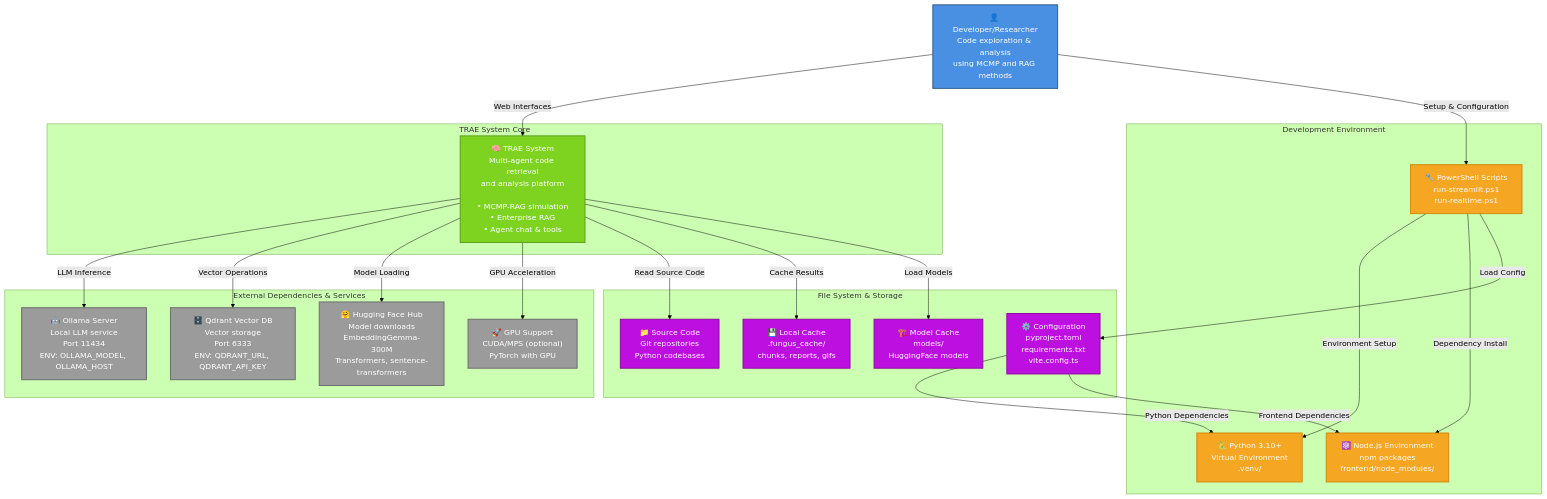
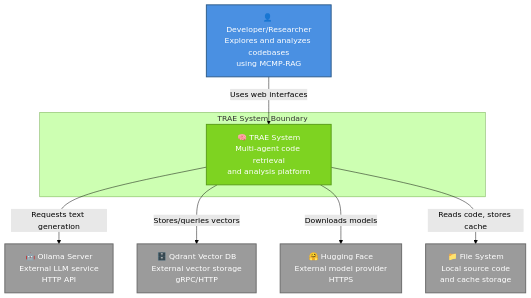
One commit to Flissel/la_fungus_search changed the first of 11 diagrams in docs/c4_architecture.md. Above: the diagram before and after it, drawn with Mermaid (forest theme). The commit also changed other lines of this file, not shown here.

Commit message:
Refactor: Update C4 diagrams and documentation

````diff
--- a/docs/c4_architecture.md
+++ b/docs/c4_architecture.md
@@ -7,59 +7,27 @@
 ```mermaid
 graph TB
-    subgraph "Development Environment"
-        Python["🐍 Python 3.10+<br/>Virtual Environment<br/>.venv/"]
-        NodeJS["⚛️ Node.js Environment<br/>npm packages<br/>frontend/node_modules/"]
-        Scripts["🔧 PowerShell Scripts<br/>run-streamlit.ps1<br/>run-realtime.ps1"]
+    subgraph "TRAE System Boundary"
+        TRAE["🧠 TRAE System<br/>Multi-agent code retrieval<br/>and analysis platform"]
     end
     
-    subgraph "External Dependencies & Services"
-        Ollama["🤖 Ollama Server<br/>Local LLM service<br/>Port 11434<br/>ENV: OLLAMA_MODEL, OLLAMA_HOST"]
-        Qdrant["🗄️ Qdrant Vector DB<br/>Vector storage<br/>Port 6333<br/>ENV: QDRANT_URL, QDRANT_API_KEY"]
-        HF["🤗 Hugging Face Hub<br/>Model downloads<br/>EmbeddingGemma-300M<br/>Transformers, sentence-transformers"]
-        GPU["🚀 GPU Support<br/>CUDA/MPS (optional)<br/>PyTorch with GPU"]
-    end
+    User["👤 Developer/Researcher<br/>Explores and analyzes codebases<br/>using MCMP-RAG"]
     
-    subgraph "TRAE System Core"
-        TRAE["🧠 TRAE System<br/>Multi-agent code retrieval<br/>and analysis platform<br/><br/>• MCMP-RAG simulation<br/>• Enterprise RAG<br/>• Agent chat & tools"]
-    end
+    Ollama["🤖 Ollama Server<br/>External LLM service<br/>HTTP API"]
+    Qdrant["🗄️ Qdrant Vector DB<br/>External vector storage<br/>gRPC/HTTP"]
+    HF["🤗 Hugging Face<br/>External model provider<br/>HTTPS"]
+    FS["📁 File System<br/>Local source code<br/>and cache storage"]
     
-    subgraph "File System & Storage"
-        FS["📁 Source Code<br/>Git repositories<br/>Python codebases"]
-        Cache["💾 Local Cache<br/>.fungus_cache/<br/>chunks, reports, gifs"]
-        Models["🏗️ Model Cache<br/>models/<br/>HuggingFace models"]
-        Config["⚙️ Configuration<br/>pyproject.toml<br/>requirements.txt<br/>vite.config.ts"]
-    end
-    
-    User["👤 Developer/Researcher<br/>Code exploration & analysis<br/>using MCMP and RAG methods"]
-    
-    User -->|"Web Interfaces"| TRAE
-    User -->|"Setup & Configuration"| Scripts
-    
-    TRAE -->|"LLM Inference"| Ollama
-    TRAE -->|"Vector Operations"| Qdrant
-    TRAE -->|"Model Loading"| HF
-    TRAE -->|"GPU Acceleration"| GPU
-    
-    TRAE -->|"Read Source Code"| FS
-    TRAE -->|"Cache Results"| Cache
-    TRAE -->|"Load Models"| Models
-    
-    Scripts -->|"Environment Setup"| Python
-    Scripts -->|"Dependency Install"| NodeJS
-    Scripts -->|"Load Config"| Config
-    
-    Config -->|"Python Dependencies"| Python
-    Config -->|"Frontend Dependencies"| NodeJS
+    User -->|"Uses web interfaces"| TRAE
+    TRAE -->|"Requests text generation"| Ollama
+    TRAE -->|"Stores/queries vectors"| Qdrant
+    TRAE -->|"Downloads models"| HF
+    TRAE -->|"Reads code, stores cache"| FS
     
     classDef user fill:#4A90E2,stroke:#2E5C8A,stroke-width:2px,color:white
     classDef system fill:#7ED321,stroke:#5A9E18,stroke-width:2px,color:white
     classDef external fill:#9B9B9B,stroke:#6B6B6B,stroke-width:2px,color:white
-    classDef storage fill:#BD10E0,stroke:#8B0A9E,stroke-width:2px,color:white
-    classDef dev fill:#F5A623,stroke:#D1890B,stroke-width:2px,color:white
     
     class User user
     class TRAE system
-    class Ollama,Qdrant,HF,GPU external
-    class FS,Cache,Models,Config storage
-    class Python,NodeJS,Scripts dev
+    class Ollama,Qdrant,HF,FS external
 ```
````
